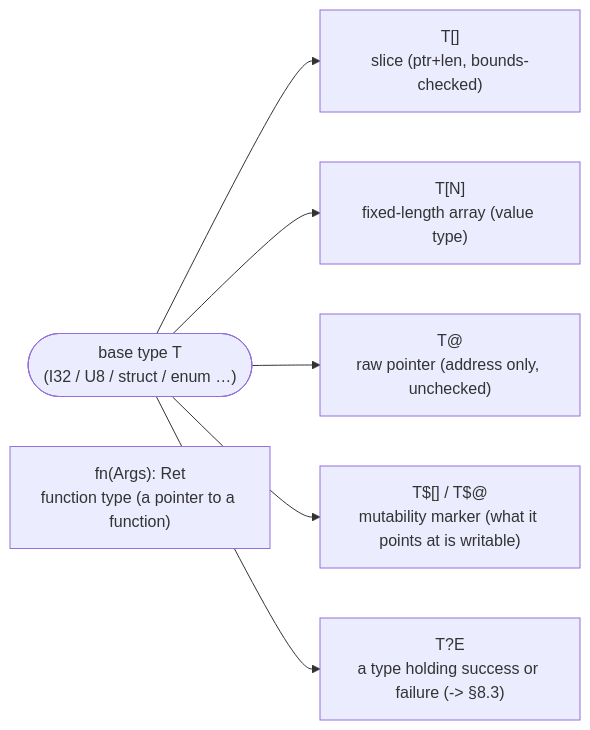
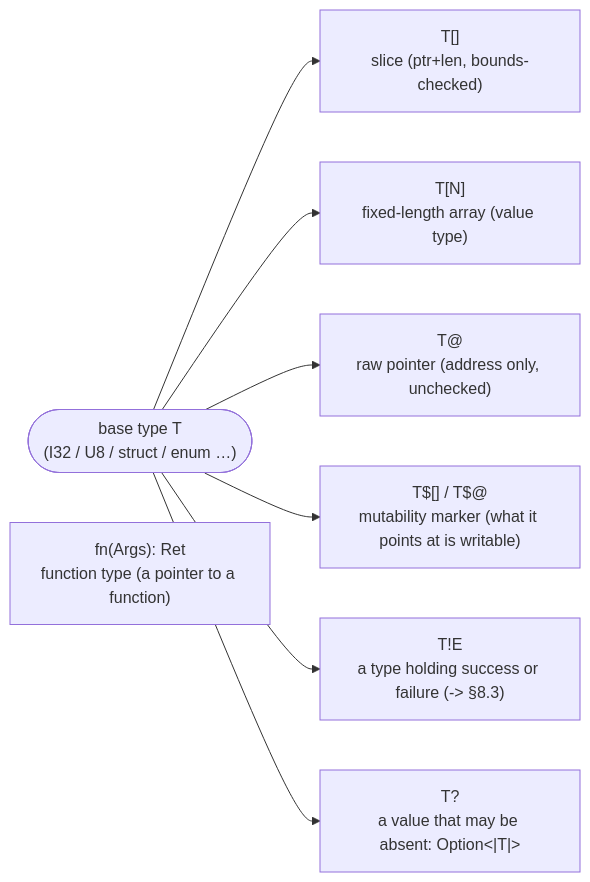
Before and after one commit to kansosystem-org/kspl-experimental: the first of 10 diagrams in docs/SPEC-language.md, drawn with Mermaid. The commit also changed other lines of this file and 441 other files, not shown here.

````diff
--- a/docs/SPEC-language.md
+++ b/docs/SPEC-language.md
@@ -440,10 +449,11 @@
 ```mermaid
 flowchart LR
     T(["base type T<br/>(I32 / U8 / struct / enum …)"])
     T --> SL["T[]<br/>slice (ptr+len, bounds-checked)"]
     T --> AR["T[N]<br/>fixed-length array (value type)"]
     T --> AT["T@<br/>raw pointer (address only, unchecked)"]
     T --> IM["T$[] / T$@<br/>mutability marker (what it points at is writable)"]
-    T --> RE["T?E<br/>a type holding success or failure (-> §8.3)"]
+    T --> RE["T!E<br/>a type holding success or failure (-> §8.3)"]
+    T --> OP["T?<br/>a value that may be absent: Option&lt;|T|&gt;"]
     FN["fn(Args): Ret<br/>function type (a pointer to a function)"]
 ```
````
